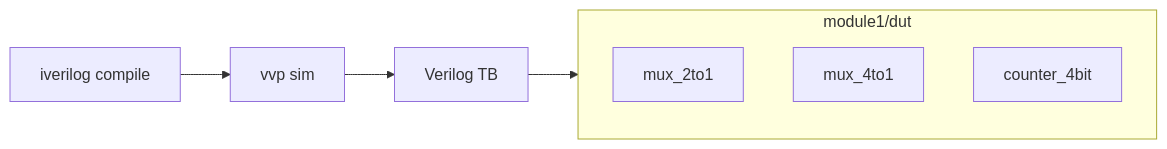
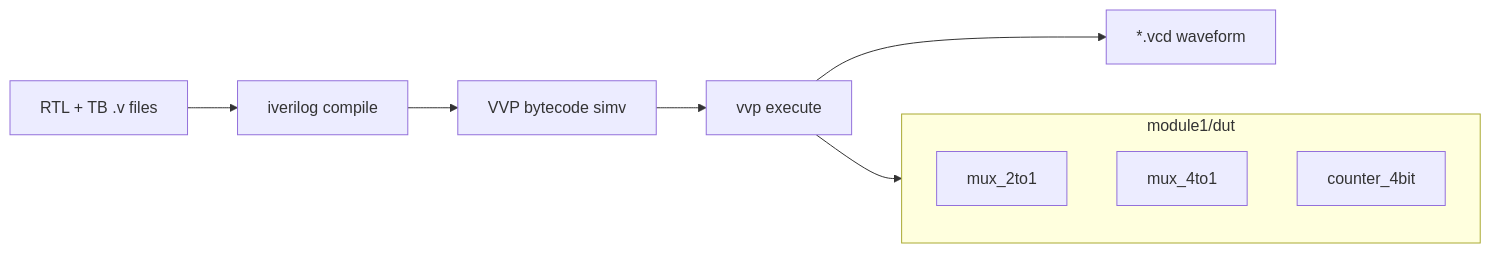
One commit to universal-verification-methodology/learn_verilator_iverilog changed the diagram in media/module1/assets/diagrams/rtl_architecture.mmd. Above: the diagram before and after it, drawn with Mermaid. The commit also changed 1112 other files, not shown here.

```diff
--- a/media/module1/assets/diagrams/rtl_architecture.mmd
+++ b/media/module1/assets/diagrams/rtl_architecture.mmd
@@ -1,9 +1,11 @@
 flowchart LR
-  IV[iverilog compile] --> VVP[vvp sim]
+  SRC[RTL + TB .v files] --> IV[iverilog compile]
+  IV --> BYTE[VVP bytecode simv]
+  BYTE --> VVP[vvp execute]
   subgraph dut1["module1/dut"]
     M2[mux_2to1]
     M4[mux_4to1]
     CTR[counter_4bit]
   end
-  TB[Verilog TB] --> dut1
-  VVP --> TB
+  VVP --> dut1
+  VVP --> VCD[*.vcd waveform]
```
